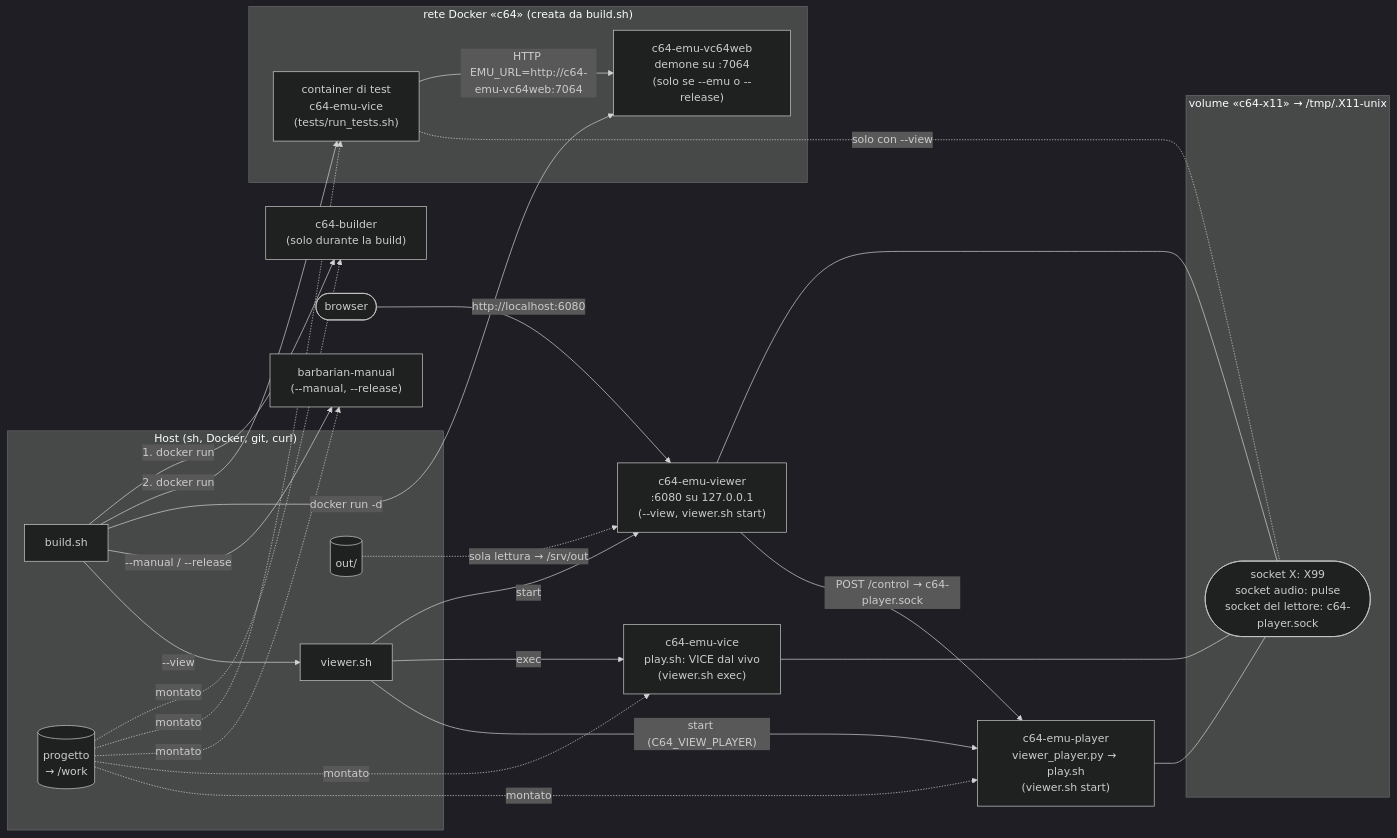
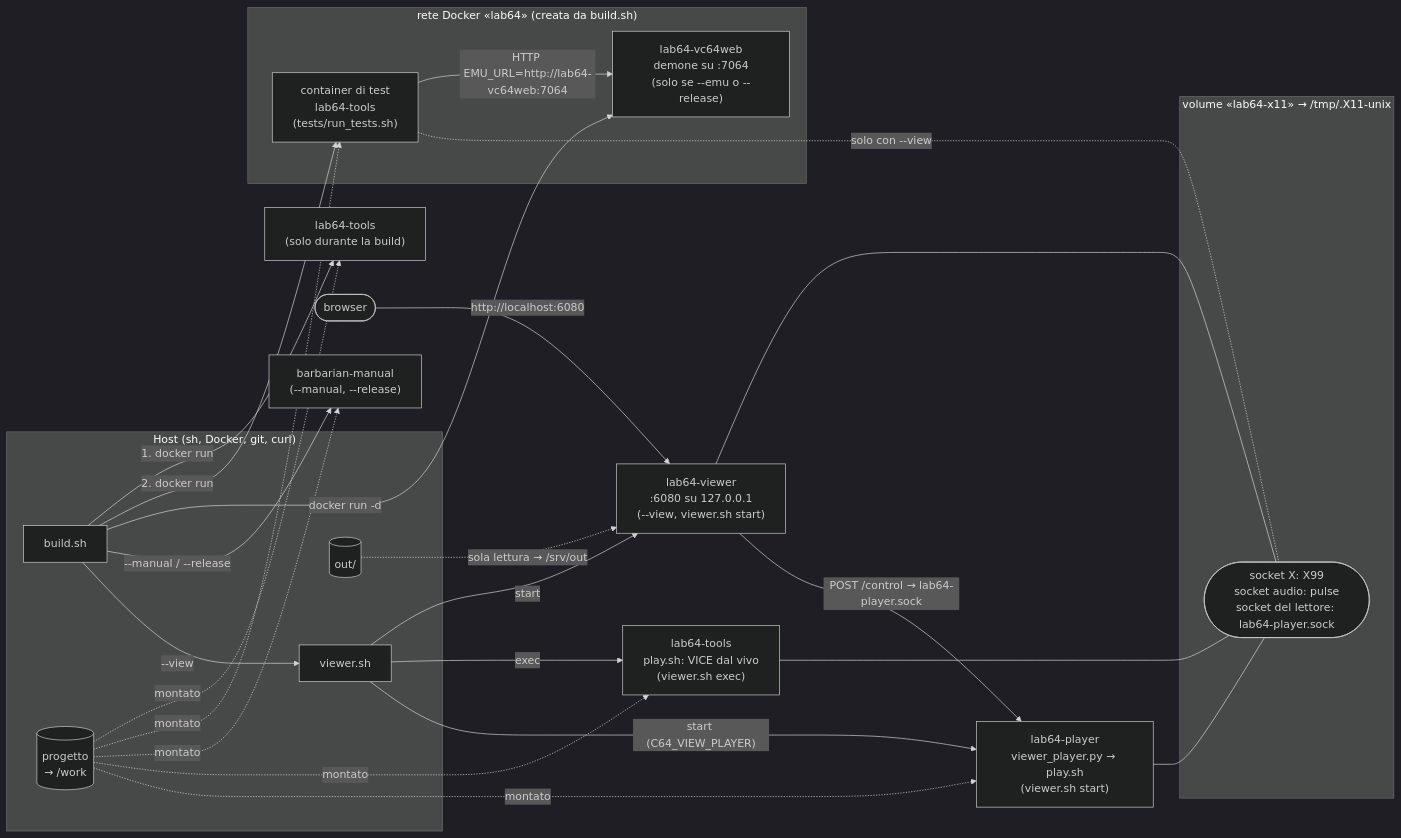
The second of 3 diagrams in docs/docker-architecture.md (caporalesimone/barbarian-the-blood-path), drawn with Mermaid (dark theme) before and after one commit. The commit also changed other lines of this file and 201 other files, not shown here.

````diff
--- a/docs/docker-architecture.md
+++ b/docs/docker-architecture.md
@@ -89,51 +91,51 @@
 ```mermaid
 flowchart LR
     subgraph HOST["Host (sh, Docker, git, curl)"]
         BSH["build.sh"]
         VSH["viewer.sh"]
         PROJ[("progetto<br/>→ /work")]
         OUT[("out/")]
     end
 
-    subgraph NETC["rete Docker «c64» (creata da build.sh)"]
-        TEST["container di test<br/>c64-emu-vice<br/>(tests/run_tests.sh)"]
-        VC64["c64-emu-vc64web<br/>demone su :7064<br/>(solo se --emu o --release)"]
+    subgraph NETC["rete Docker «lab64» (creata da build.sh)"]
+        TEST["container di test<br/>lab64-tools<br/>(tests/run_tests.sh)"]
+        VC64["lab64-vc64web<br/>demone su :7064<br/>(solo se --emu o --release)"]
     end
 
-    BLDC["c64-builder<br/>(solo durante la build)"]
+    BLDC["lab64-tools<br/>(solo durante la build)"]
     MANC["barbarian-manual<br/>(--manual, --release)"]
 
-    subgraph VOL["volume «c64-x11» → /tmp/.X11-unix"]
-        XSOCK(["socket X: X99<br/>socket audio: pulse<br/>socket del lettore: c64-player.sock"])
+    subgraph VOL["volume «lab64-x11» → /tmp/.X11-unix"]
+        XSOCK(["socket X: X99<br/>socket audio: pulse<br/>socket del lettore: lab64-player.sock"])
     end
 
-    VIEW["c64-emu-viewer<br/>:6080 su 127.0.0.1<br/>(--view, viewer.sh start)"]
-    PLAY["c64-emu-vice<br/>play.sh: VICE dal vivo<br/>(viewer.sh exec)"]
-    PLR["c64-emu-player<br/>viewer_player.py → play.sh<br/>(viewer.sh start)"]
+    VIEW["lab64-viewer<br/>:6080 su 127.0.0.1<br/>(--view, viewer.sh start)"]
+    PLAY["lab64-tools<br/>play.sh: VICE dal vivo<br/>(viewer.sh exec)"]
+    PLR["lab64-player<br/>viewer_player.py → play.sh<br/>(viewer.sh start)"]
     BR(["browser"])
 
     BSH -->|"1. docker run"| BLDC
     BSH -->|"2. docker run"| TEST
     BSH -->|"docker run -d"| VC64
     BSH -->|"--manual / --release"| MANC
     BSH -->|"--view"| VSH
     VSH -->|"start"| VIEW
     VSH -->|"exec"| PLAY
     VSH -->|"start (C64_VIEW_PLAYER)"| PLR
 
     PROJ -. "montato" .-> BLDC
     PROJ -. "montato" .-> TEST
     PROJ -. "montato" .-> MANC
     PROJ -. "montato" .-> PLAY
     PROJ -. "montato" .-> PLR
     OUT -. "sola lettura → /srv/out" .-> VIEW
 
-    TEST -->|"HTTP EMU_URL=http://c64-emu-vc64web:7064"| VC64
+    TEST -->|"HTTP EMU_URL=http://lab64-vc64web:7064"| VC64
 
     VIEW --- XSOCK
     TEST -. "solo con --view" .- XSOCK
     PLAY --- XSOCK
     PLR --- XSOCK
-    VIEW -->|"POST /control → c64-player.sock"| PLR
+    VIEW -->|"POST /control → lab64-player.sock"| PLR
     BR -->|"http://localhost:6080"| VIEW
 ```
````
